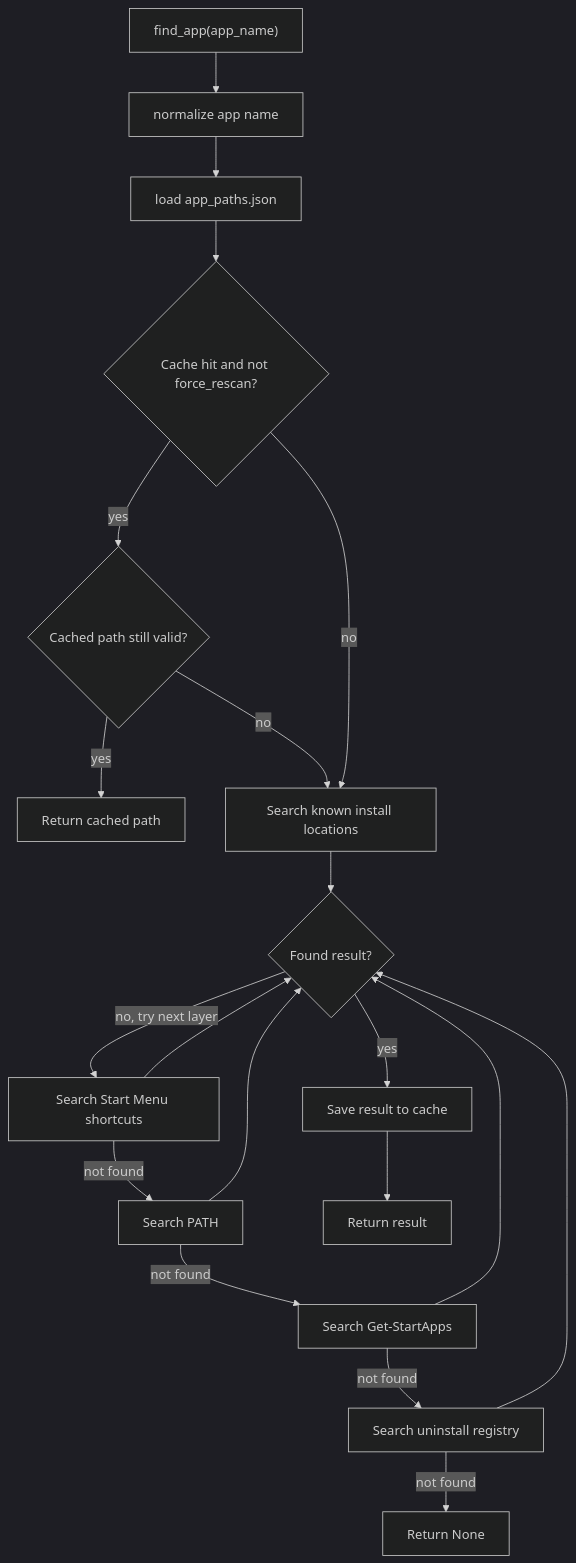
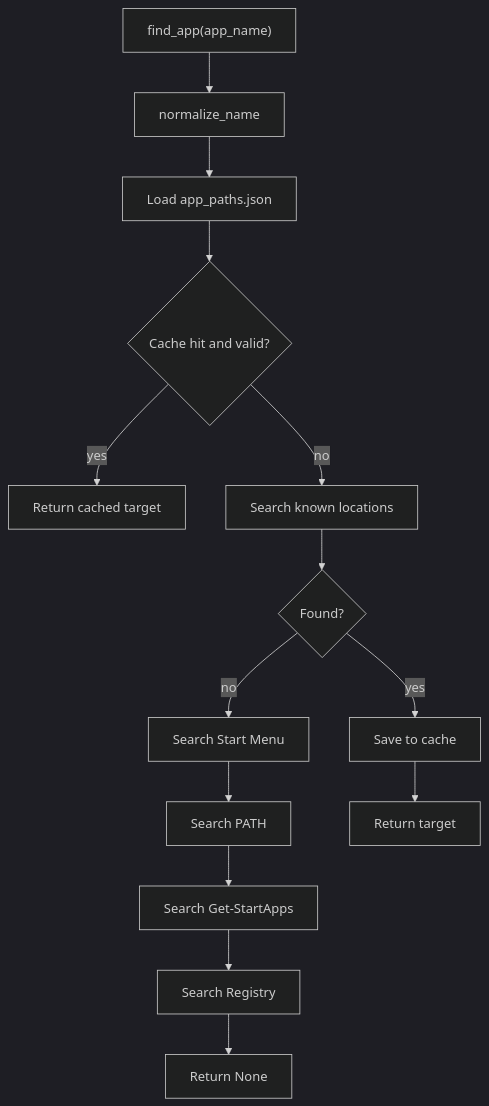
The fifth of 8 diagrams in personal-agent/CODEBASE_WALKTHROUGH.md (ayush60728/Agent), drawn with Mermaid (dark theme) before and after one commit. The commit also changed other lines of this file and 11 other files, not shown here.

````diff
--- a/personal-agent/CODEBASE_WALKTHROUGH.md
+++ b/personal-agent/CODEBASE_WALKTHROUGH.md
@@ -145,35 +287,23 @@
 ```mermaid
 flowchart TD
     A["find_app(app_name)"]
-    B["normalize app name"]
-    C["load app_paths.json"]
-    D{"Cache hit and not force_rescan?"}
-    E{"Cached path still valid?"}
-    F["Return cached path"]
-    G["Search known install locations"]
-    H["Search Start Menu shortcuts"]
-    I["Search PATH"]
-    J["Search Get-StartApps"]
-    K["Search uninstall registry"]
-    L{"Found result?"}
-    M["Save result to cache"]
-    N["Return result"]
-    O["Return None"]
+    B["normalize_name"]
+    C["Load app_paths.json"]
+    D{"Cache hit and valid?"}
+    E["Return cached target"]
+    F["Search known locations"]
+    G["Search Start Menu"]
+    H["Search PATH"]
+    I["Search Get-StartApps"]
+    J["Search Registry"]
+    K{"Found?"}
+    L["Save to cache"]
+    M["Return target"]
+    N["Return None"]
 
     A --> B --> C --> D
     D -->|yes| E
-    E -->|yes| F
-    E -->|no| G
-    D -->|no| G
-    G --> L
-    H --> L
-    I --> L
-    J --> L
-    K --> L
-    L -->|yes| M --> N
-    L -->|no, try next layer| H
-    H -->|not found| I
-    I -->|not found| J
-    J -->|not found| K
-    K -->|not found| O
+    D -->|no| F --> K
+    K -->|yes| L --> M
+    K -->|no| G --> H --> I --> J --> N
 ```
````
